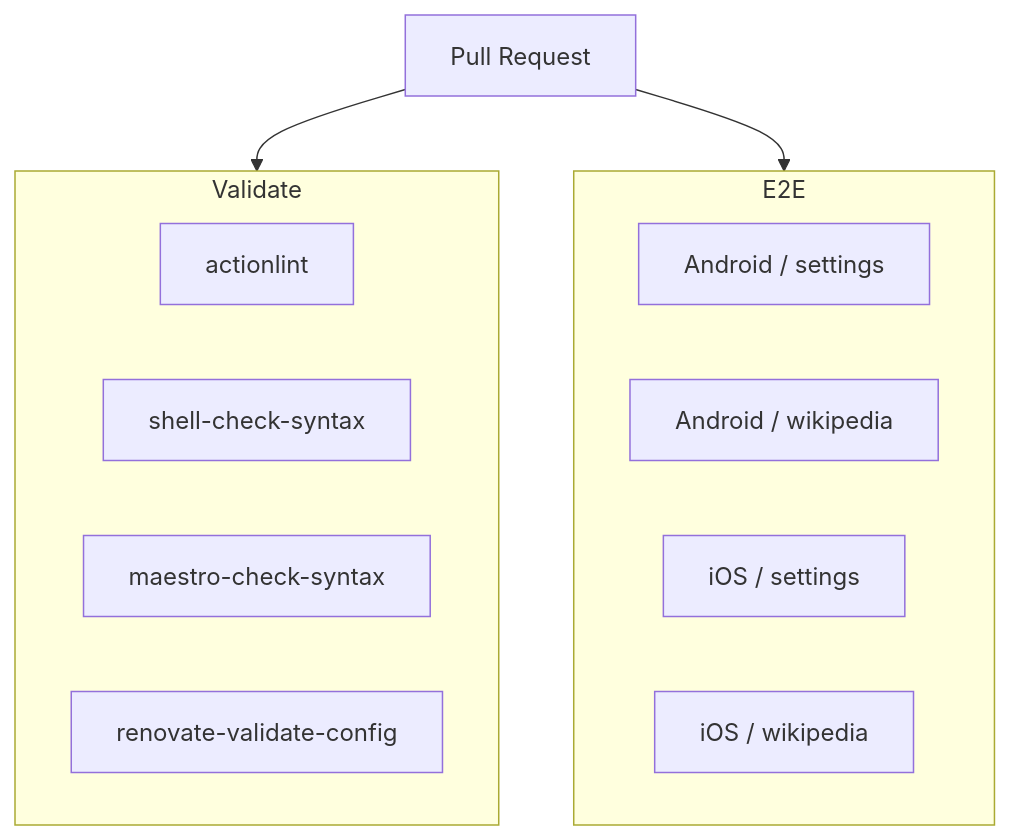
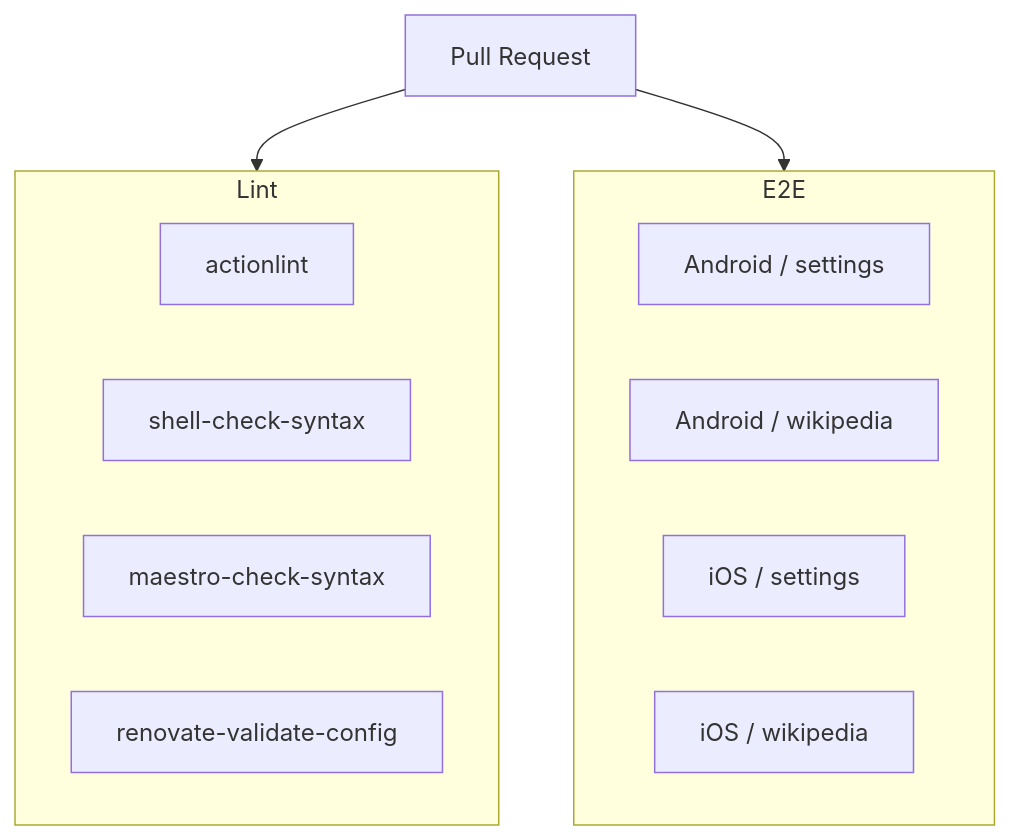
The fourth of 6 diagrams in docs/ARCHITECTURE.md (gkzz/maestro-playground), drawn with Mermaid before and after one commit. The commit also changed other lines of this file and 11 other files, not shown here.

````diff
--- a/docs/ARCHITECTURE.md
+++ b/docs/ARCHITECTURE.md
@@ -100,21 +100,21 @@
 ```mermaid
 flowchart TB
   pr[Pull Request]
 
-  subgraph validate[Validate]
+  subgraph lint[Lint]
     actionlint[actionlint]
     shell[shell-check-syntax]
     syntax[maestro-check-syntax]
     renovate[renovate-validate-config]
   end
 
   subgraph e2e[E2E]
     androidSettings[Android / settings]
     androidWikipedia[Android / wikipedia]
     iosSettings[iOS / settings]
     iosWikipedia[iOS / wikipedia]
   end
 
-  pr --> validate
+  pr --> lint
   pr --> e2e
 ```
````
